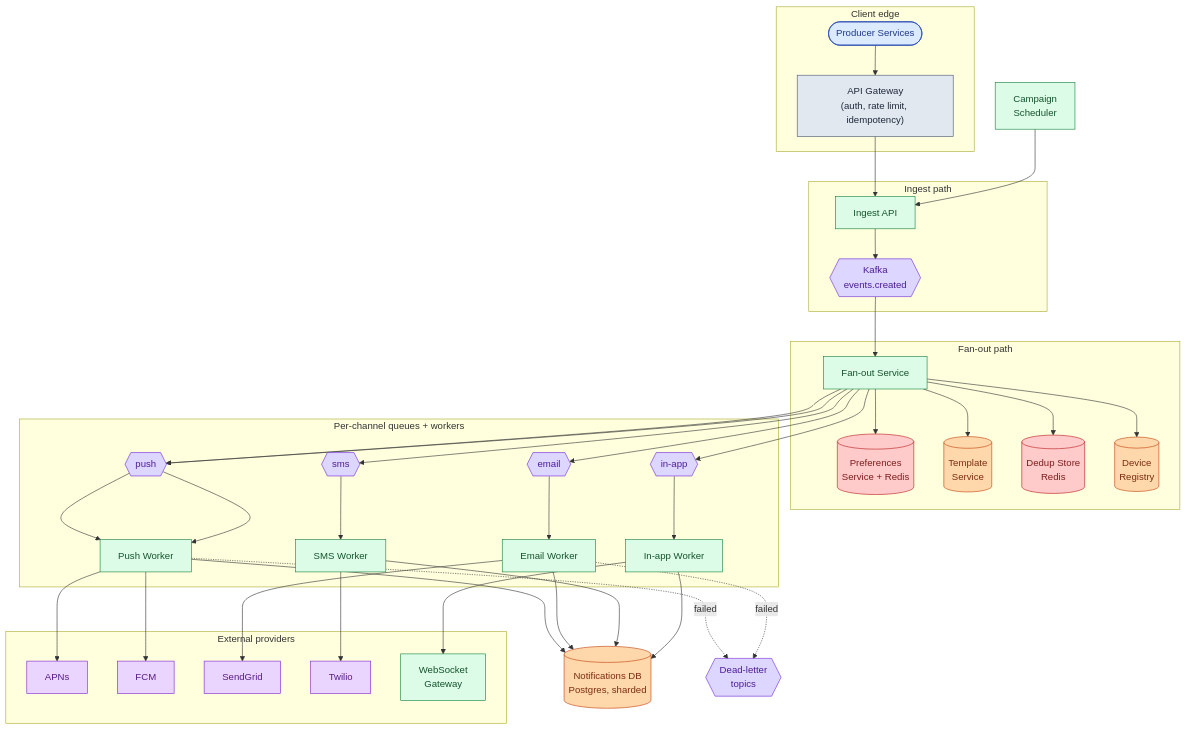
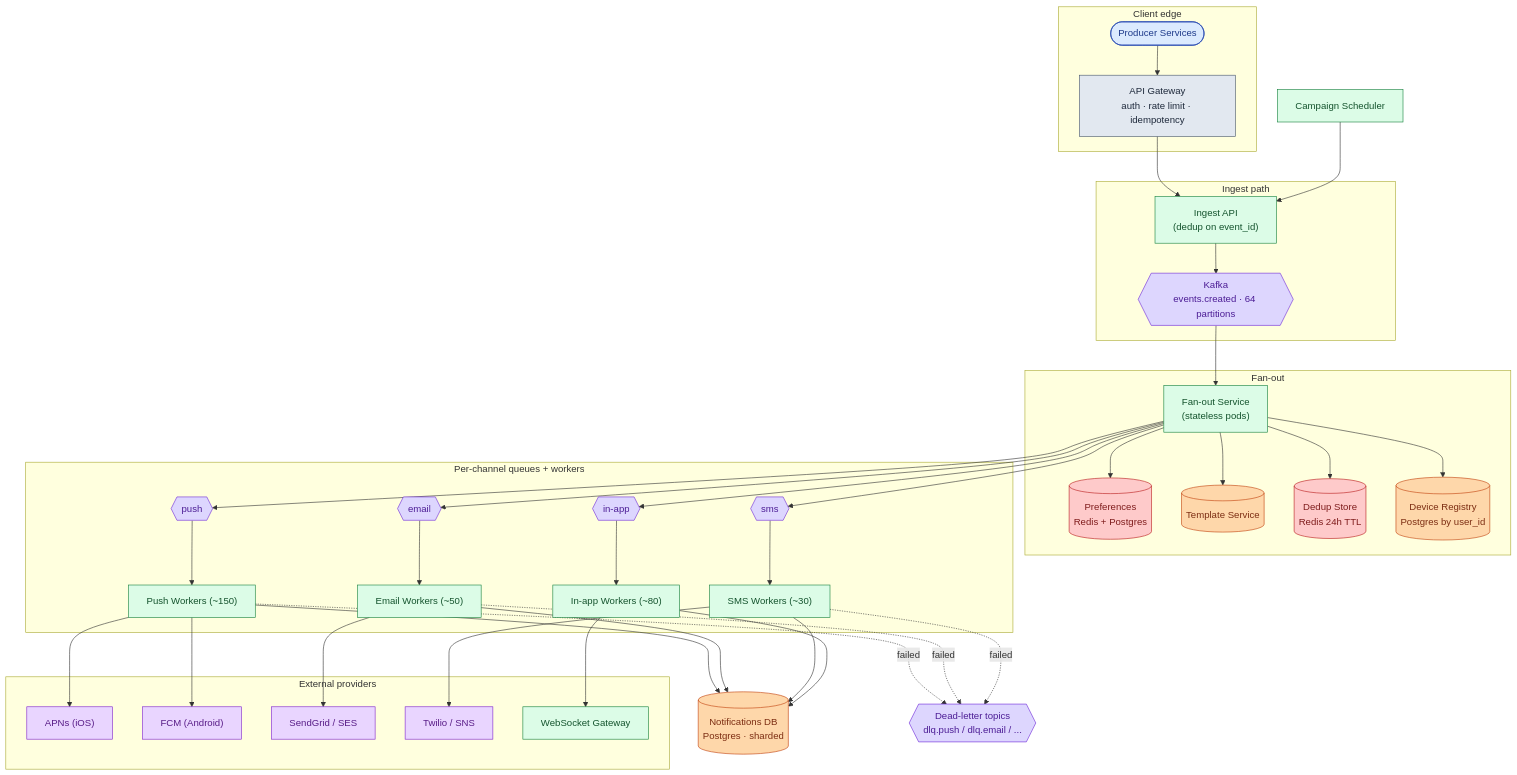
One commit to shiningflash/system-design changed the seventh of 10 diagrams in problems/010-notification-system/question.md. Above: the diagram before and after it, drawn with Mermaid. The commit also changed other lines of this file and 37 other files, not shown here.

````diff
--- a/problems/010-notification-system/question.md
+++ b/problems/010-notification-system/question.md
@@ -318,71 +314,76 @@
 ```mermaid
 flowchart TB
     subgraph Edge["Client edge"]
         P([Producer Services]):::user
-        GW["API Gateway<br/>(auth, rate limit, idempotency)"]:::edge
+        GW["API Gateway<br/>auth · rate limit · idempotency"]:::edge
     end
 
     subgraph Ingest["Ingest path"]
-        I["Ingest API"]:::app
-        K{{"Kafka<br/>events.created"}}:::queue
+        I["Ingest API<br/>(dedup on event_id)"]:::app
+        K{{"Kafka<br/>events.created · 64 partitions"}}:::queue
     end
 
-    subgraph FanOut["Fan-out path"]
-        F["Fan-out Service"]:::app
-        Prefs[("Preferences<br/>Service + Redis")]:::cache
-        Tmpl[("Template<br/>Service")]:::db
-        DD[("Dedup Store<br/>Redis")]:::cache
-        DR[("Device<br/>Registry")]:::db
+    subgraph FanOut["Fan-out"]
+        F["Fan-out Service<br/>(stateless pods)"]:::app
+        Prefs[("Preferences<br/>Redis + Postgres")]:::cache
+        Tmpl[("Template Service")]:::db
+        DD[("Dedup Store<br/>Redis 24h TTL")]:::cache
+        DR[("Device Registry<br/>Postgres by user_id")]:::db
     end
 
     subgraph Channels["Per-channel queues + workers"]
         KP{{"push"}}:::queue
         KE{{"email"}}:::queue
         KS{{"sms"}}:::queue
         KI{{"in-app"}}:::queue
-        PW["Push Worker"]:::app
-        EW["Email Worker"]:::app
-        SW["SMS Worker"]:::app
-        IW["In-app Worker"]:::app
+        PW["Push Workers (~150)"]:::app
+        EW["Email Workers (~50)"]:::app
+        SW["SMS Workers (~30)"]:::app
+        IW["In-app Workers (~80)"]:::app
     end
 
     subgraph Providers["External providers"]
-        APNs:::ext
-        FCM:::ext
-        SG[SendGrid]:::ext
-        TW[Twilio]:::ext
-        WS["WebSocket<br/>Gateway"]:::app
+        APNs["APNs (iOS)"]:::ext
+        FCM["FCM (Android)"]:::ext
+        SG["SendGrid / SES"]:::ext
+        TW["Twilio / SNS"]:::ext
+        WS["WebSocket Gateway"]:::app
     end
 
-    DB[("Notifications DB<br/>Postgres, sharded")]:::db
-    Camp["Campaign<br/>Scheduler"]:::app
-    DLQ{{"Dead-letter<br/>topics"}}:::queue
+    DB[("Notifications DB<br/>Postgres · sharded")]:::db
+    DLQ{{"Dead-letter topics<br/>dlq.push / dlq.email / ..."}}:::queue
+    Camp["Campaign Scheduler"]:::app
 
     P --> GW --> I
     I --> K
     K --> F
     F --> Prefs
     F --> Tmpl
     F --> DD
     F --> DR
-    F --> KP --> PW --> APNs
-    F --> KP --> PW --> FCM
-    F --> KE --> EW --> SG
-    F --> KS --> SW --> TW
-    F --> KI --> IW --> WS
+    F --> KP --> PW
+    F --> KE --> EW
+    F --> KS --> SW
+    F --> KI --> IW
+    PW --> APNs
+    PW --> FCM
+    EW --> SG
+    SW --> TW
+    IW --> WS
     PW --> DB
     EW --> DB
     SW --> DB
     IW --> DB
     PW -.failed.-> DLQ
     EW -.failed.-> DLQ
+    SW -.failed.-> DLQ
     Camp --> I
 
     classDef user fill:#dbeafe,stroke:#1e40af,color:#1e3a8a
     classDef edge fill:#e2e8f0,stroke:#475569,color:#1e293b
     classDef app fill:#dcfce7,stroke:#15803d,color:#14532d
     classDef db fill:#fed7aa,stroke:#c2410c,color:#7c2d12
     classDef cache fill:#fecaca,stroke:#b91c1c,color:#7f1d1d
     classDef queue fill:#ddd6fe,stroke:#6d28d9,color:#4c1d95
     classDef ext fill:#e9d5ff,stroke:#7e22ce,color:#581c87
 ```
````
